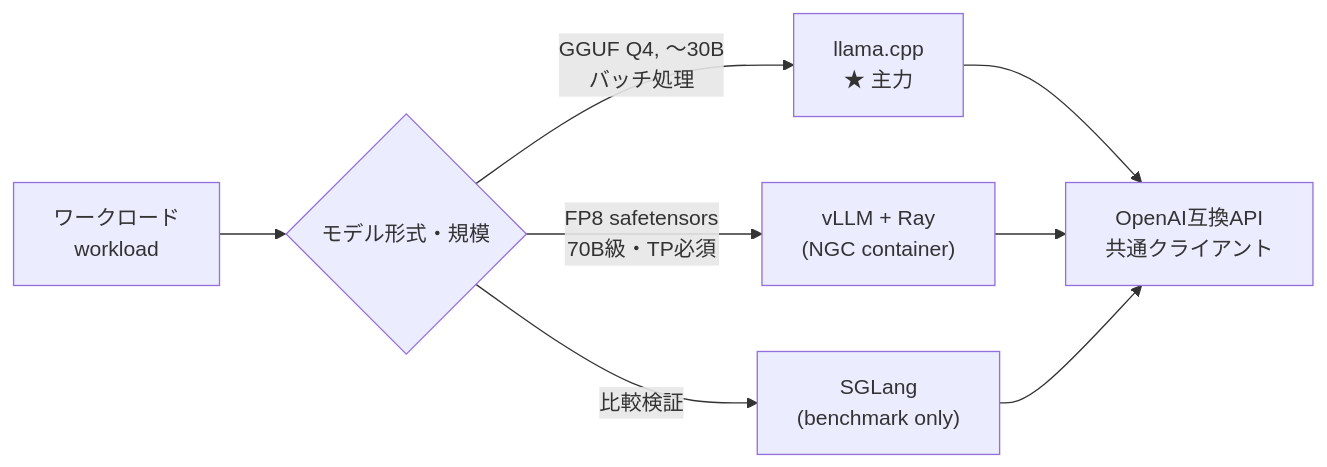
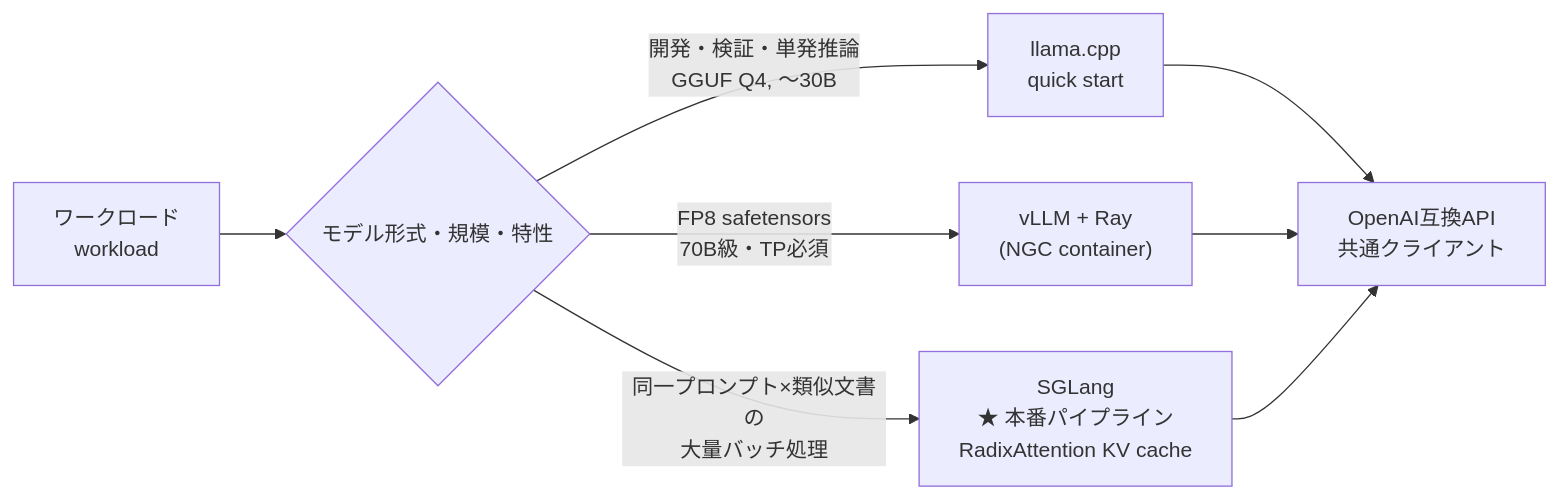
The diagram in local-llm-inference-platform/features/01-multi-backend-strategy.md (Yuity0725/portfolio), drawn with Mermaid before and after one commit. The commit also changed other lines of this file and 8 other files, not shown here.

````diff
--- a/local-llm-inference-platform/features/01-multi-backend-strategy.md
+++ b/local-llm-inference-platform/features/01-multi-backend-strategy.md
@@ -31,10 +34,10 @@
 ```mermaid
 flowchart LR
-    W[ワークロード<br/>workload] --> Q{モデル形式・規模}
-    Q -->|"GGUF Q4, 〜30B<br/>バッチ処理"| L["llama.cpp<br/>★ 主力"]
+    W[ワークロード<br/>workload] --> Q{モデル形式・規模・特性}
+    Q -->|"開発・検証・単発推論<br/>GGUF Q4, 〜30B"| L["llama.cpp<br/>quick start"]
     Q -->|"FP8 safetensors<br/>70B級・TP必須"| V["vLLM + Ray<br/>(NGC container)"]
-    Q -->|比較検証| S["SGLang<br/>(benchmark only)"]
+    Q -->|"同一プロンプト×類似文書の<br/>大量バッチ処理"| S["SGLang<br/>★ 本番パイプライン<br/>RadixAttention KV cache"]
     L --> O["OpenAI互換API<br/>共通クライアント"]
     V --> O
     S --> O
 ```
````
